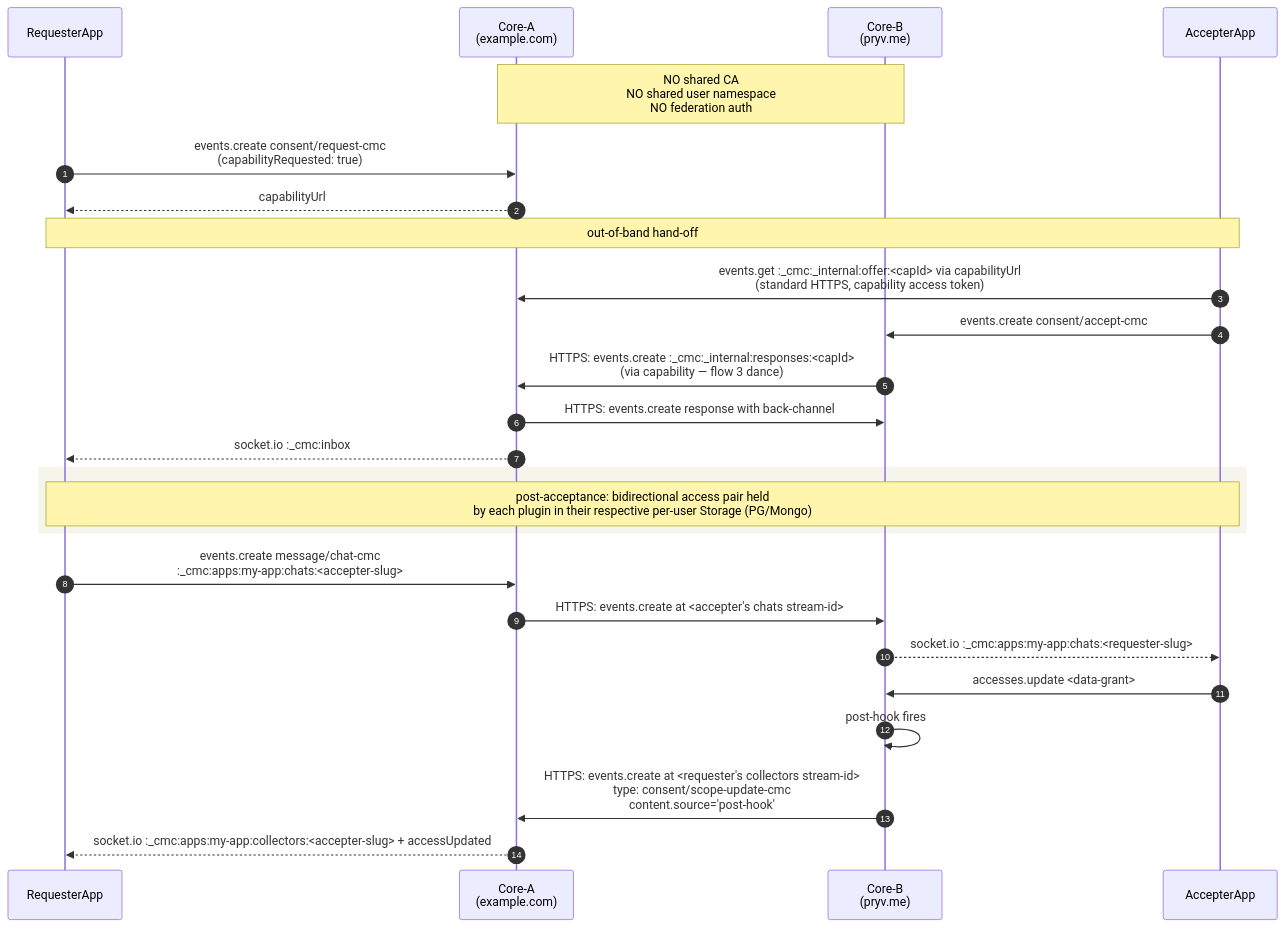
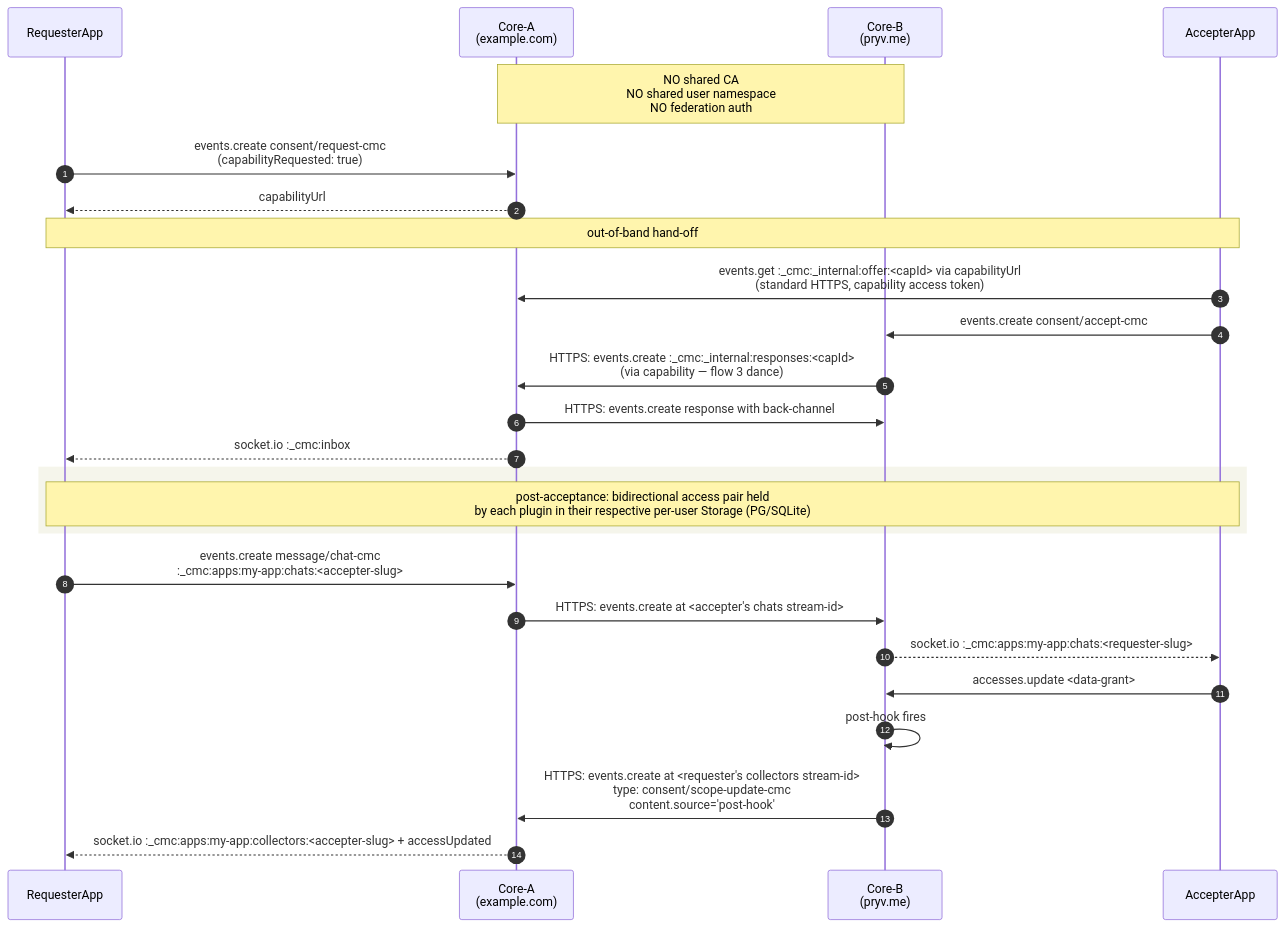
Before and after one commit to pryv/open-pryv.io: diagram 14 of 14 in components/cmc/INTERNALS.md, drawn with Mermaid. The commit also changed other lines of this file and 5 other files, not shown here.

````diff
--- a/components/cmc/INTERNALS.md
+++ b/components/cmc/INTERNALS.md
@@ -523,31 +523,31 @@
 ```mermaid
 sequenceDiagram
     autonumber
     participant RApp as RequesterApp
     participant RCore as Core-A<br/>(example.com)
     participant ACore as Core-B<br/>(pryv.me)
     participant AApp as AccepterApp
 
     Note over RCore,ACore: NO shared CA<br/>NO shared user namespace<br/>NO federation auth
     RApp->>RCore: events.create consent/request-cmc<br/>(capabilityRequested: true)
     RCore-->>RApp: capabilityUrl
     Note over RApp,AApp: out-of-band hand-off
     AApp->>RCore: events.get :_cmc:_internal:offer:<capId> via capabilityUrl<br/>(standard HTTPS, capability access token)
     AApp->>ACore: events.create consent/accept-cmc
     ACore->>RCore: HTTPS: events.create :_cmc:_internal:responses:<capId><br/>(via capability — flow 3 dance)
     RCore->>ACore: HTTPS: events.create response with back-channel
     RCore-->>RApp: socket.io :_cmc:inbox
 
     rect rgb(245, 245, 235)
-    Note over RApp,AApp: post-acceptance: bidirectional access pair held<br/>by each plugin in their respective per-user Storage (PG/Mongo)
+    Note over RApp,AApp: post-acceptance: bidirectional access pair held<br/>by each plugin in their respective per-user Storage (PG/SQLite)
     end
 
     RApp->>RCore: events.create message/chat-cmc<br/>:_cmc:apps:my-app:chats:<accepter-slug>
     RCore->>ACore: HTTPS: events.create at <accepter's chats stream-id>
     ACore-->>AApp: socket.io :_cmc:apps:my-app:chats:<requester-slug>
 
     AApp->>ACore: accesses.update <data-grant>
     ACore->>ACore: post-hook fires
     ACore->>RCore: HTTPS: events.create at <requester's collectors stream-id><br/>type: consent/scope-update-cmc<br/>content.source='post-hook'
     RCore-->>RApp: socket.io :_cmc:apps:my-app:collectors:<accepter-slug> + accessUpdated
 ```
````
